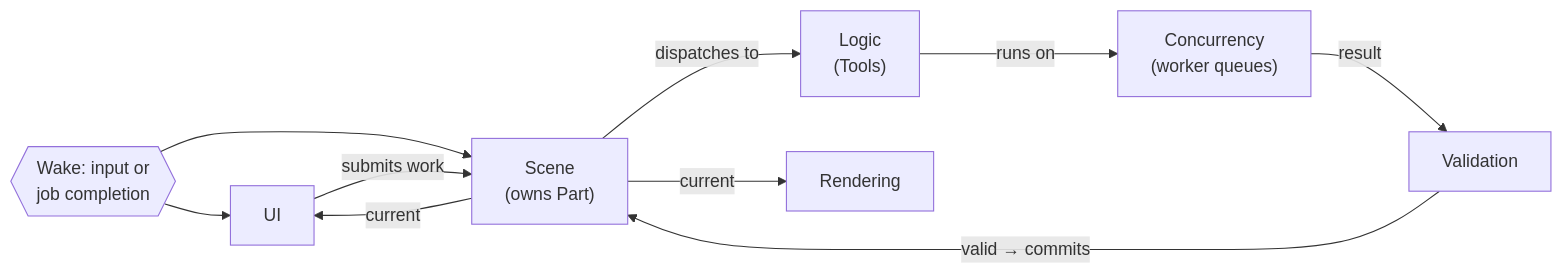
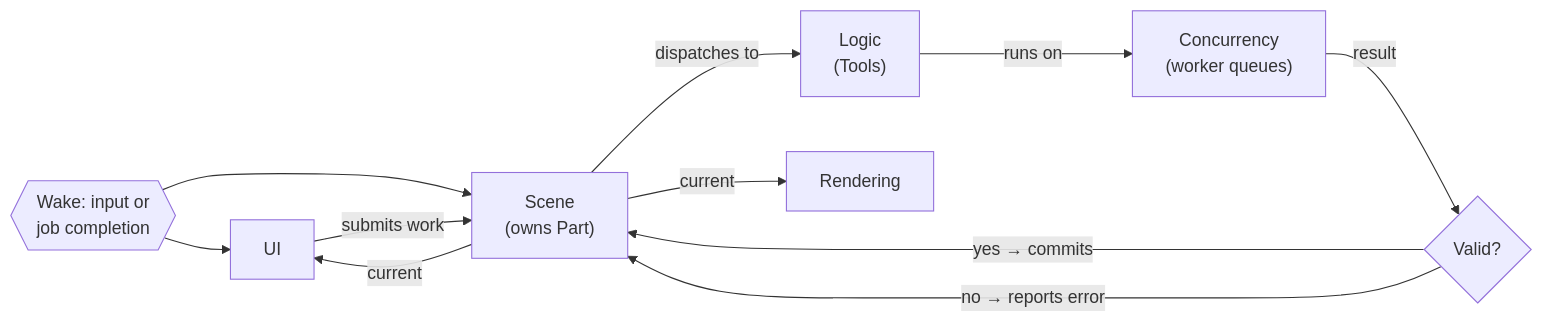
The first of 6 diagrams in docs/architecture.md (NikolaiIFedorov/3d-print-analyser), drawn with Mermaid before and after one commit. The commit also changed 3 other files, not shown here.

Commit message:
Diagram update

````diff
--- a/docs/architecture.md
+++ b/docs/architecture.md
@@ -54,20 +54,21 @@
 ```mermaid
 flowchart LR
     Wake{{"Wake: input or<br/>job completion"}}
     UI["UI"]
     Scene["Scene<br/>(owns Part)"]
     Logic["Logic<br/>(Tools)"]
     Concurrency["Concurrency<br/>(worker queues)"]
-    Validation["Validation"]
+    Validation{"Valid?"}
     Rendering["Rendering"]
 
     Wake --> UI
     Wake --> Scene
     UI -- "submits work" --> Scene
     Scene -- "dispatches to" --> Logic
     Logic -- "runs on" --> Concurrency
     Concurrency -- "result" --> Validation
-    Validation -- "valid → commits" --> Scene
+    Validation -- "yes → commits" --> Scene
+    Validation -- "no → reports error" --> Scene
     Scene -- "current" --> Rendering
     Scene -- "current" --> UI
 ```
````
